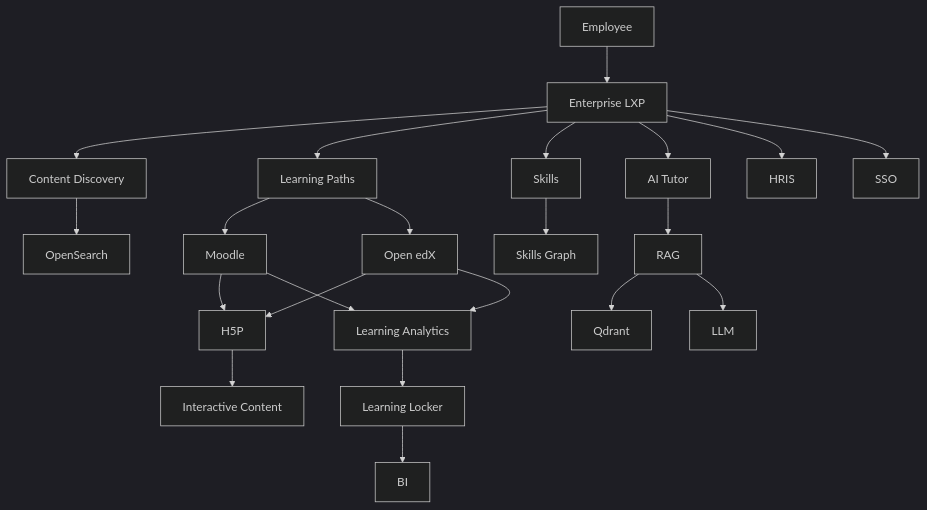
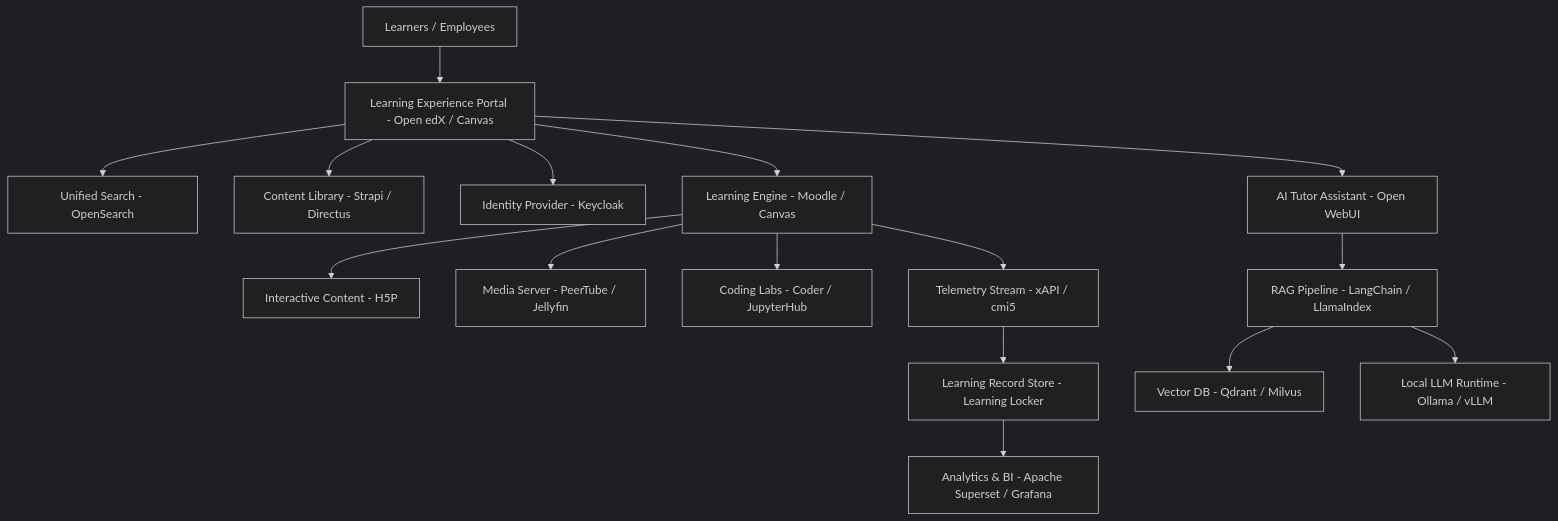
One commit to ishandutta2007/Awesome-Learning-Content-Platform changed the diagram in README.md. Above: the diagram before and after it, drawn with Mermaid (dark theme). The commit also changed other lines of this file and 1 other file, not shown here.

Commit message:
docs: optimize README with SaaS tabular pricing, star badges, SVG banner, and market analytics

````diff
--- a/README.md
+++ b/README.md
@@ -1785,69 +330,22 @@
 ```mermaid
+flowchart TD
+    A[Learners / Employees] --> B[Learning Experience Portal - Open edX / Canvas]
 
-flowchart TB
+    B --> C[Unified Search - OpenSearch]
+    B --> D[Content Library - Strapi / Directus]
+    B --> E[Identity Provider - Keycloak]
 
+    B --> F[Learning Engine - Moodle / Canvas]
+    F --> G[Interactive Content - H5P]
+    F --> H[Media Server - PeerTube / Jellyfin]
+    F --> I[Coding Labs - Coder / JupyterHub]
 
+    B --> J[AI Tutor Assistant - Open WebUI]
+    J --> K[RAG Pipeline - LangChain / LlamaIndex]
+    K --> L[Vector DB - Qdrant / Milvus]
+    K --> M[Local LLM Runtime - Ollama / vLLM]
 
-    A[Employee] --> B[Enterprise LXP]
-
-
-
-    B --> C[Content Discovery]
-
-    B --> D[Learning Paths]
-
-    B --> E[Skills]
-
-    B --> F[AI Tutor]
-
-
-
-    C --> G[OpenSearch]
-
-
-
-    D --> H[Moodle]
-
-    D --> I[Open edX]
-
-
-
-    E --> J[Skills Graph]
-
-
-
-    F --> K[RAG]
-
-    K --> L[Qdrant]
-
-    K --> M[LLM]
-
-
-
-    H --> N[H5P]
-
-    I --> N
-
-
-
-    N --> O[Interactive Content]
-
-
-
-    H --> P[Learning Analytics]
-
-    I --> P
-
-
-
-    P --> Q[Learning Locker]
-
-    Q --> R[BI]
-
-
-
-    B --> S[HRIS]
-
-    B --> T[SSO]
-
+    F --> N[Telemetry Stream - xAPI / cmi5]
+    N --> O[Learning Record Store - Learning Locker]
+    O --> P[Analytics & BI - Apache Superset / Grafana]
 ```
````
